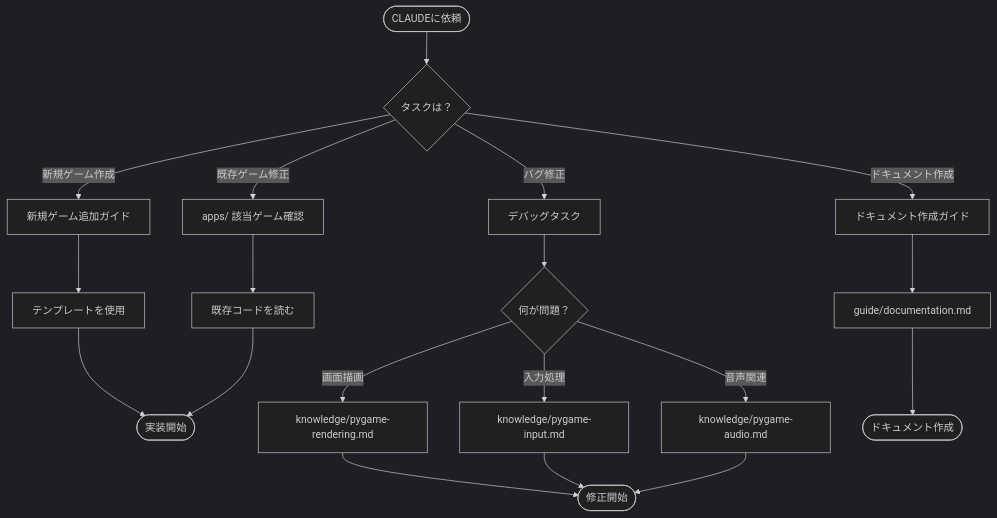
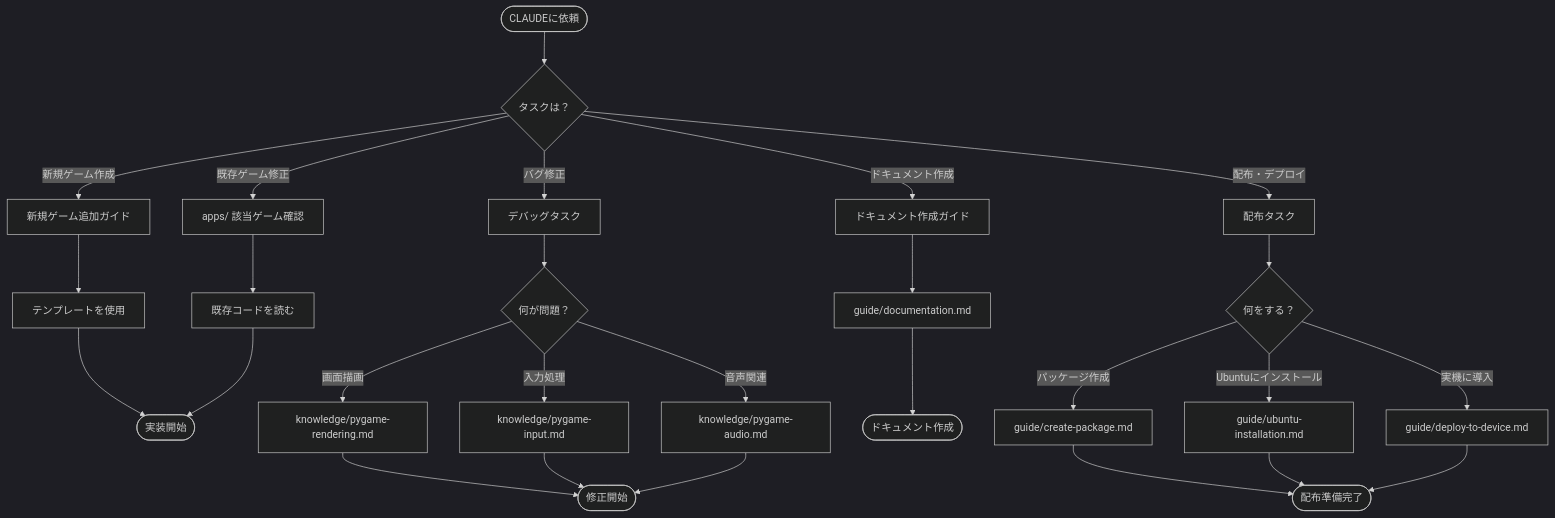
Before and after one commit to kenimo49/baby-fun-box: the diagram in CLAUDE.md, drawn with Mermaid (dark theme). The commit also changed other lines of this file and 5 other files, not shown here.

````diff
--- a/CLAUDE.md
+++ b/CLAUDE.md
@@ -24,27 +27,36 @@
 ```mermaid
 graph TD
     Start([CLAUDEに依頼]) --> Task{タスクは？}
 
     Task -->|新規ゲーム作成| NewGame[新規ゲーム追加ガイド]
     Task -->|既存ゲーム修正| ExistGame[apps/ 該当ゲーム確認]
     Task -->|バグ修正| Bug[デバッグタスク]
     Task -->|ドキュメント作成| Doc[ドキュメント作成ガイド]
+    Task -->|配布・デプロイ| Deploy[配布タスク]
 
     NewGame --> Template[テンプレートを使用]
     Template --> Implement([実装開始])
 
     ExistGame --> ReadCode[既存コードを読む]
     ReadCode --> Implement
 
     Bug --> BugType{何が問題？}
     BugType -->|画面描画| Know1[knowledge/pygame-rendering.md]
     BugType -->|入力処理| Know2[knowledge/pygame-input.md]
     BugType -->|音声関連| Know3[knowledge/pygame-audio.md]
 
     Know1 --> Fix([修正開始])
     Know2 --> Fix
     Know3 --> Fix
 
     Doc --> DocGuide[guide/documentation.md]
     DocGuide --> CreateDoc([ドキュメント作成])
+
+    Deploy --> DeployType{何をする？}
+    DeployType -->|パッケージ作成| Pkg[guide/create-package.md]
+    DeployType -->|Ubuntuにインストール| Inst[guide/ubuntu-installation.md]
+    DeployType -->|実機に導入| Device[guide/deploy-to-device.md]
+    Pkg --> Done([配布準備完了])
+    Inst --> Done
+    Device --> Done
 ```
````
